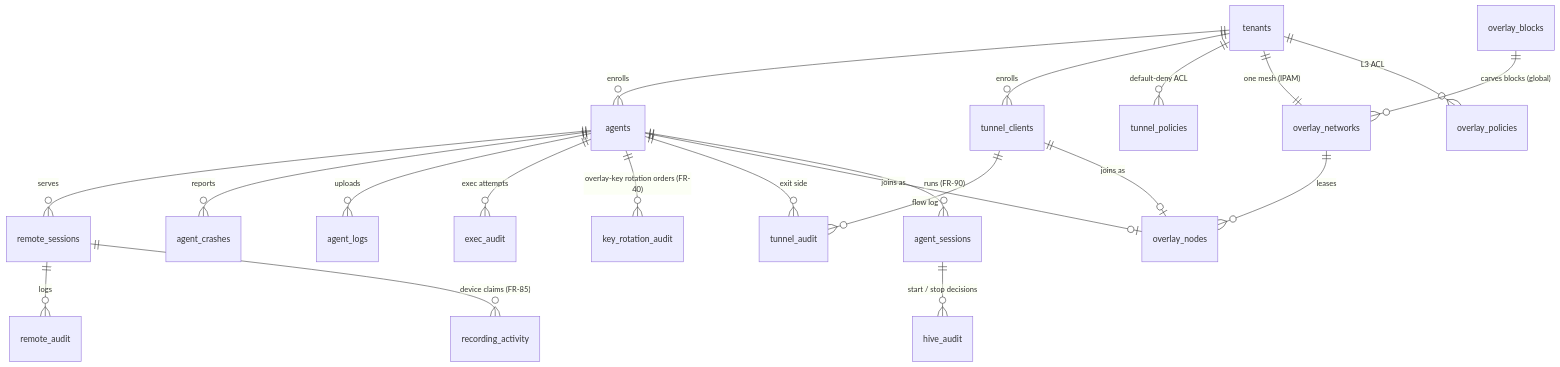
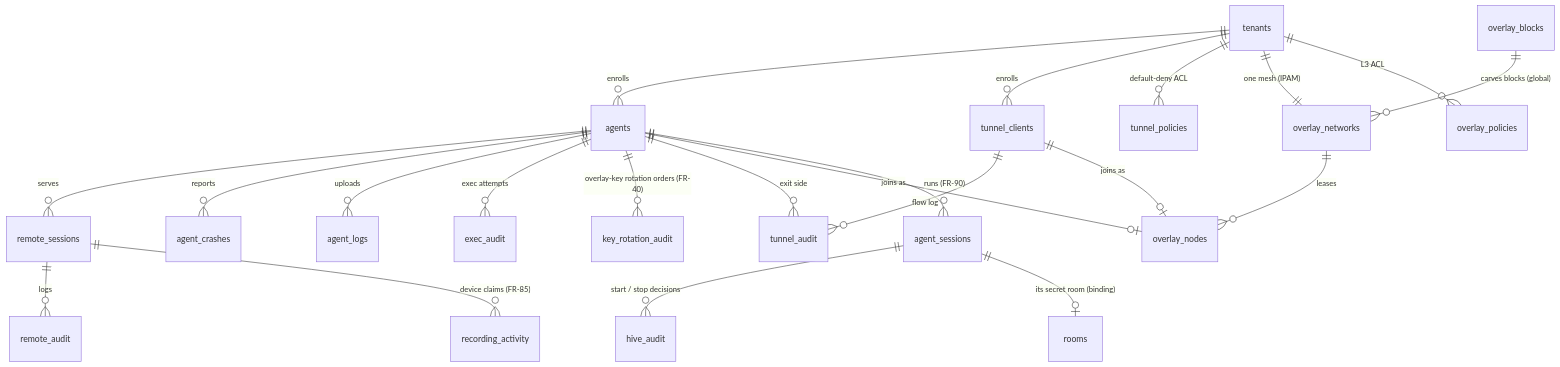
Before and after one commit to gjovanov/roomler-ai: the second of 2 diagrams in docs/data-model.md, drawn with Mermaid. The commit also changed other lines of this file and 39 other files, not shown here.

````diff
--- a/docs/data-model.md
+++ b/docs/data-model.md
@@ -61,23 +61,24 @@
 ```mermaid
 erDiagram
     tenants ||--o{ agents : enrolls
     agents ||--o{ remote_sessions : serves
     remote_sessions ||--o{ remote_audit : logs
     remote_sessions ||--o{ recording_activity : "device claims (FR-85)"
     agents ||--o{ agent_crashes : reports
     agents ||--o{ agent_logs : uploads
     agents ||--o{ exec_audit : "exec attempts"
     agents ||--o{ key_rotation_audit : "overlay-key rotation orders (FR-40)"
     tenants ||--o{ tunnel_clients : enrolls
     tenants ||--o{ tunnel_policies : "default-deny ACL"
     tunnel_clients ||--o{ tunnel_audit : "flow log"
     agents ||--o{ tunnel_audit : "exit side"
     tenants ||--|| overlay_networks : "one mesh (IPAM)"
     overlay_networks ||--o{ overlay_nodes : leases
     agents ||--o| overlay_nodes : "joins as"
     tunnel_clients ||--o| overlay_nodes : "joins as"
     tenants ||--o{ overlay_policies : "L3 ACL"
     overlay_blocks ||--o{ overlay_networks : "carves blocks (global)"
     agents ||--o{ agent_sessions : "runs (FR-90)"
     agent_sessions ||--o{ hive_audit : "start / stop decisions"
+    agent_sessions ||--o| rooms : "its secret room (binding)"
 ```
````
